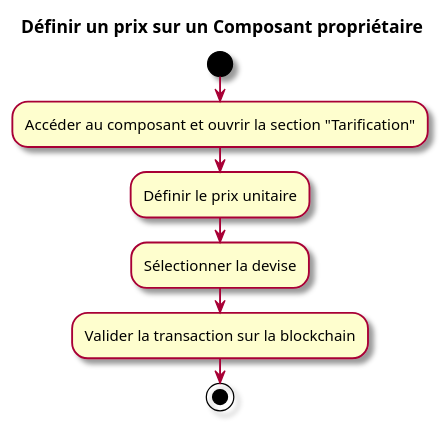
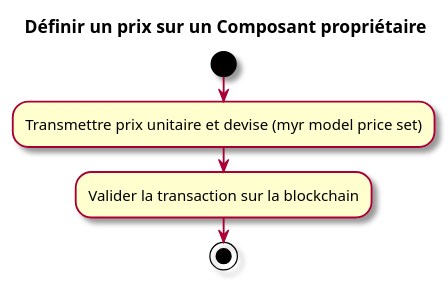
Before and after one commit to olivaux/myr: the third of 3 diagrams in specs/1-Expression/UCPI-Propriete_Intellectuelle/UCPI04.md, drawn with PlantUML. The commit also changed other lines of this file and 65 other files, not shown here.

````diff
--- a/specs/1-Expression/UCPI-Propriete_Intellectuelle/UCPI04.md
+++ b/specs/1-Expression/UCPI-Propriete_Intellectuelle/UCPI04.md
@@ -81,12 +82,10 @@
 ```plantuml
 @startuml
 skin rose
 title Définir un prix sur un Composant propriétaire
 start
-:Accéder au composant et ouvrir la section "Tarification";
-:Définir le prix unitaire;
-:Sélectionner la devise;
+:Transmettre prix unitaire et devise (myr model price set);
 :Valider la transaction sur la blockchain;
 stop
 @enduml
 ```
````
